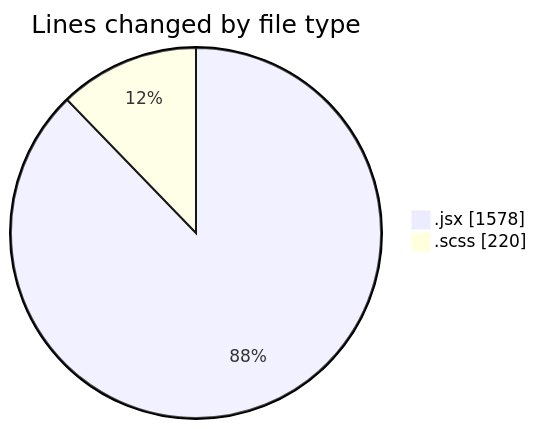
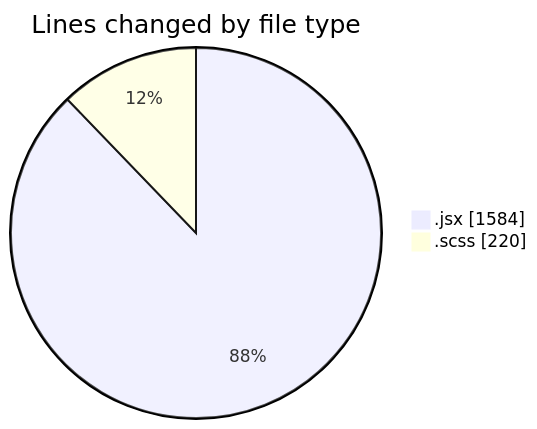
The first of 2 diagrams in 2026-09-02/cda/README.md (momahboobian/code-tracking), drawn with Mermaid before and after one commit. The commit also changed other lines of this file and 1 other file, not shown here.

````diff
--- a/2026-09-02/cda/README.md
+++ b/2026-09-02/cda/README.md
@@ -27,6 +27,6 @@
 ```mermaid
 pie showData
 title Lines changed by file type
-".jsx" : 1578
+".jsx" : 1584
 ".scss" : 220
 ```
````
